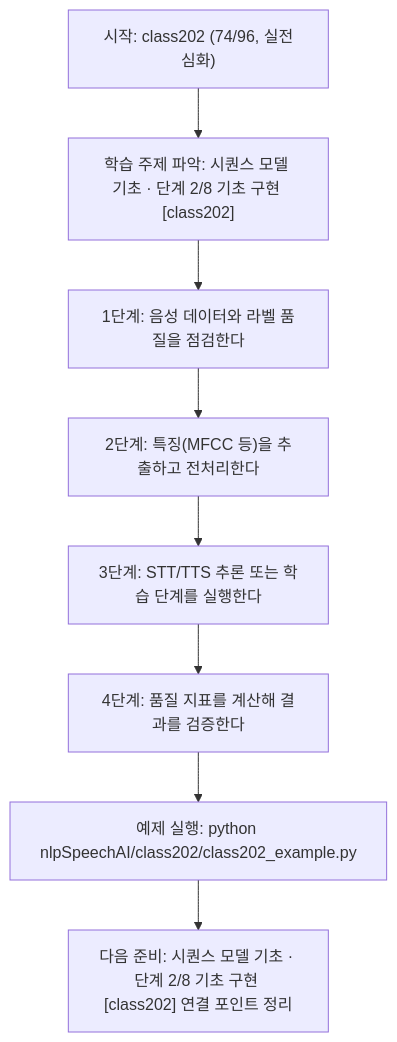
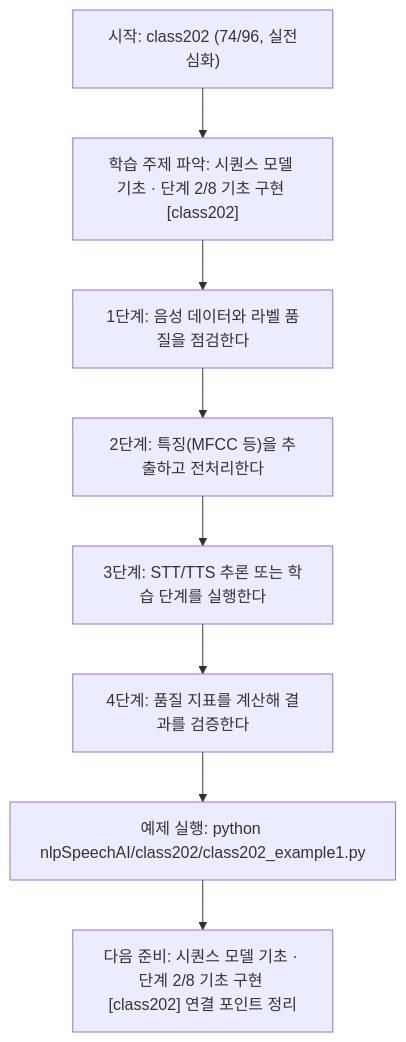
The diagram in nlpSpeechAI/class202/class202.md (edumgt/Python-AI_Agent-Class), drawn with Mermaid before and after one commit. The commit also changed other lines of this file and 2959 other files, not shown here.

````diff
--- a/nlpSpeechAI/class202/class202.md
+++ b/nlpSpeechAI/class202/class202.md
@@ -114,18 +114,18 @@
 ```mermaid
 flowchart TD
 N1["시작: class202 (74/96, 실전심화)"]
 N2["학습 주제 파악: 시퀀스 모델 기초 · 단계 2/8 기초 구현 [class202]"]
 N3["1단계: 음성 데이터와 라벨 품질을 점검한다"]
 N4["2단계: 특징(MFCC 등)을 추출하고 전처리한다"]
 N5["3단계: STT/TTS 추론 또는 학습 단계를 실행한다"]
 N6["4단계: 품질 지표를 계산해 결과를 검증한다"]
-N7["예제 실행: python nlpSpeechAI/class202/class202_example.py"]
+N7["예제 실행: python nlpSpeechAI/class202/class202_example1.py"]
 N8["다음 준비: 시퀀스 모델 기초 · 단계 2/8 기초 구현 [class202] 연결 포인트 정리"]
 N1 --> N2
 N2 --> N3
 N3 --> N4
 N4 --> N5
 N5 --> N6
 N6 --> N7
 N7 --> N8
 ```
````
